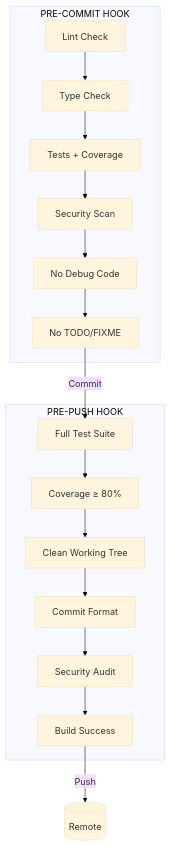
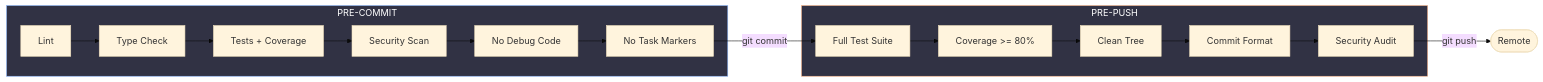
The fifth of 6 diagrams in README.md (LocalAI/unicorn-team), drawn with Mermaid (base theme) before and after one commit. The commit also changed other lines of this file, not shown here.

First line of the commit message:
docs(readme): Complete rewrite reflecting current architecture

````diff
--- a/README.md
+++ b/README.md
@@ -349,25 +243,16 @@
 ```mermaid
-flowchart TB
-    subgraph PreCommit["PRE-COMMIT HOOK"]
-        PC1[Lint Check]
-        PC2[Type Check]
-        PC3[Tests + Coverage]
-        PC4[Security Scan]
-        PC5[No Debug Code]
-        PC6[No TODO/FIXME]
+flowchart LR
+    subgraph Commit["PRE-COMMIT"]
+        C1["Lint"] --> C2["Type Check"] --> C3["Tests + Coverage"] --> C4["Security Scan"] --> C5["No Debug Code"] --> C6["No Task Markers"]
     end
 
-    subgraph PrePush["PRE-PUSH HOOK"]
-        PP1[Full Test Suite]
-        PP2[Coverage ≥ 80%]
-        PP3[Clean Working Tree]
-        PP4[Commit Format]
-        PP5[Security Audit]
-        PP6[Build Success]
+    subgraph Push["PRE-PUSH"]
+        P1["Full Test Suite"] --> P2["Coverage >= 80%"] --> P3["Clean Tree"] --> P4["Commit Format"] --> P5["Security Audit"]
     end
 
-    PC1 --> PC2 --> PC3 --> PC4 --> PC5 --> PC6
-    PC6 -->|Commit| PP1
-    PP1 --> PP2 --> PP3 --> PP4 --> PP5 --> PP6
-    PP6 -->|Push| Remote[(Remote)]
+    C6 -->|git commit| P1
+    P5 -->|git push| Remote([Remote])
+
+    style Commit fill:#313244,stroke:#89b4fa,color:#ffffff
+    style Push fill:#313244,stroke:#fab387,color:#ffffff
 ```
````
